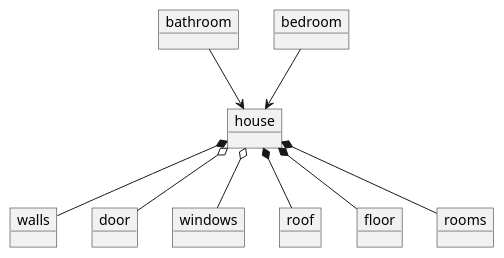
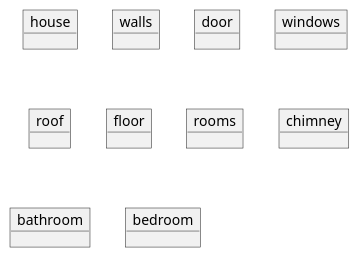
The diagram in UMLDiagrams/house.wsd (andrescordovatelus/UMLDiagrams-DSU), drawn with PlantUML before and after one commit.

Commit message:
Reestructuring house's uml

```diff
--- a/UMLDiagrams/house.wsd
+++ b/UMLDiagrams/house.wsd
@@ -1,25 +1,16 @@
 @startuml house
 
 object house
 object walls
 object door
 object windows
 object roof
 object floor
 object rooms
+object chimney
 
 object bathroom
 object bedroom
 
-house *-- walls
-house *-- roof
-house *-- floor
-house *-- rooms
-
-house o-- door
-house o-- windows
-
-bathroom --> house
-bedroom --> house
 
 @enduml
```
